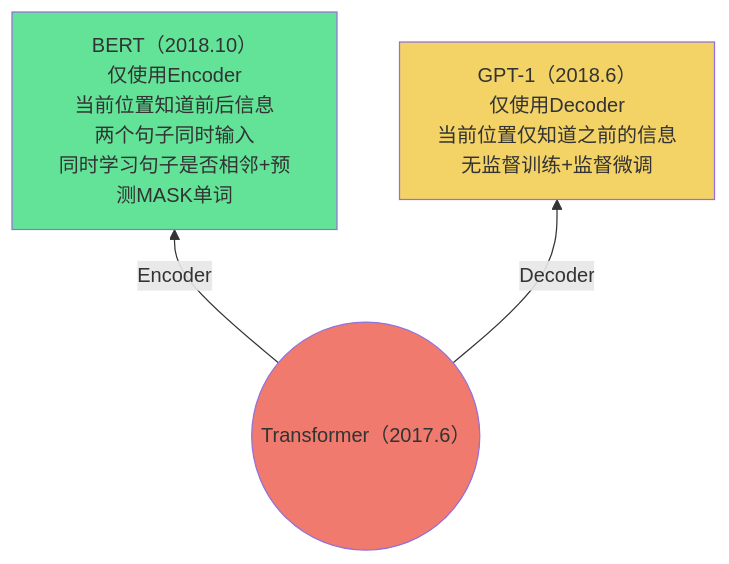
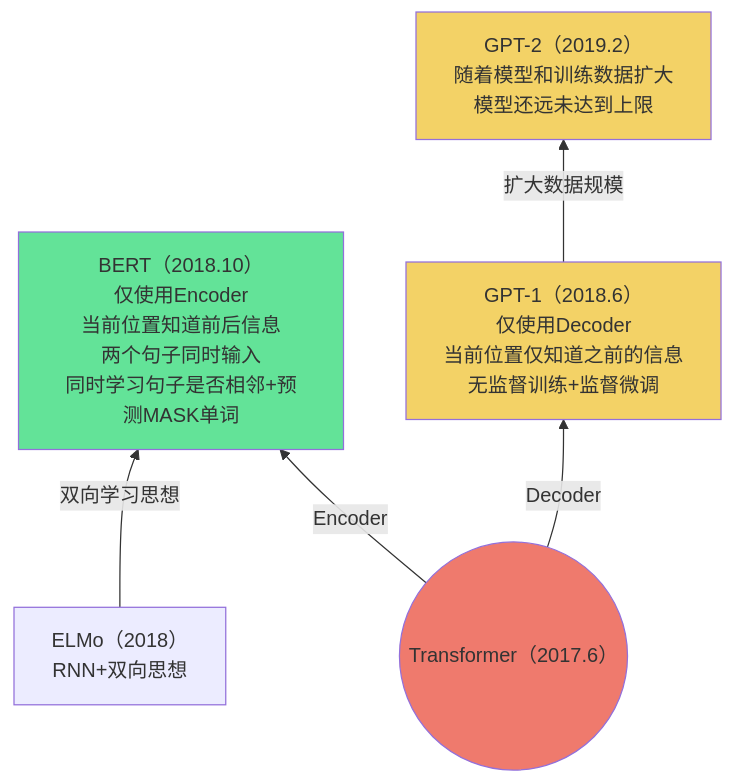
The third of 4 diagrams in Base_Model/LLM/analyse.md (Elephant-King9/Paper), drawn with Mermaid before and after one commit. The commit also changed other lines of this file and 5 other files, not shown here.

````diff
--- a/Base_Model/LLM/analyse.md
+++ b/Base_Model/LLM/analyse.md
@@ -41,16 +41,20 @@
 ```mermaid
 flowchart BT
 Transformer-->|Encoder|BERT
 Transformer-->|Decoder|GPT-1
-
+ELMo-->|双向学习思想|BERT
+GPT-1-->|扩大数据规模|GPT-2
 
 
 
 
 Transformer@{ shape: circle, label: "Transformer（2017.6）" }
 				style Transformer fill:#EF7A6D
 GPT-1[GPT-1（2018.6）<br>仅使用Decoder<br>当前位置仅知道之前的信息<br>无监督训练+监督微调]
 	style GPT-1 fill:#F3D266
 BERT[BERT（2018.10）<br>仅使用Encoder<br>当前位置知道前后信息<br>两个句子同时输入<br>同时学习句子是否相邻+预测MASK单词]
 	style BERT fill:#63E398
+ELMo[ELMo（2018）<br>RNN+双向思想]
+GPT-2[GPT-2（2019.2）<br>随着模型和训练数据扩大<br>模型还远未达到上限]
+	style GPT-2 fill:#F3D266
 ```
````
